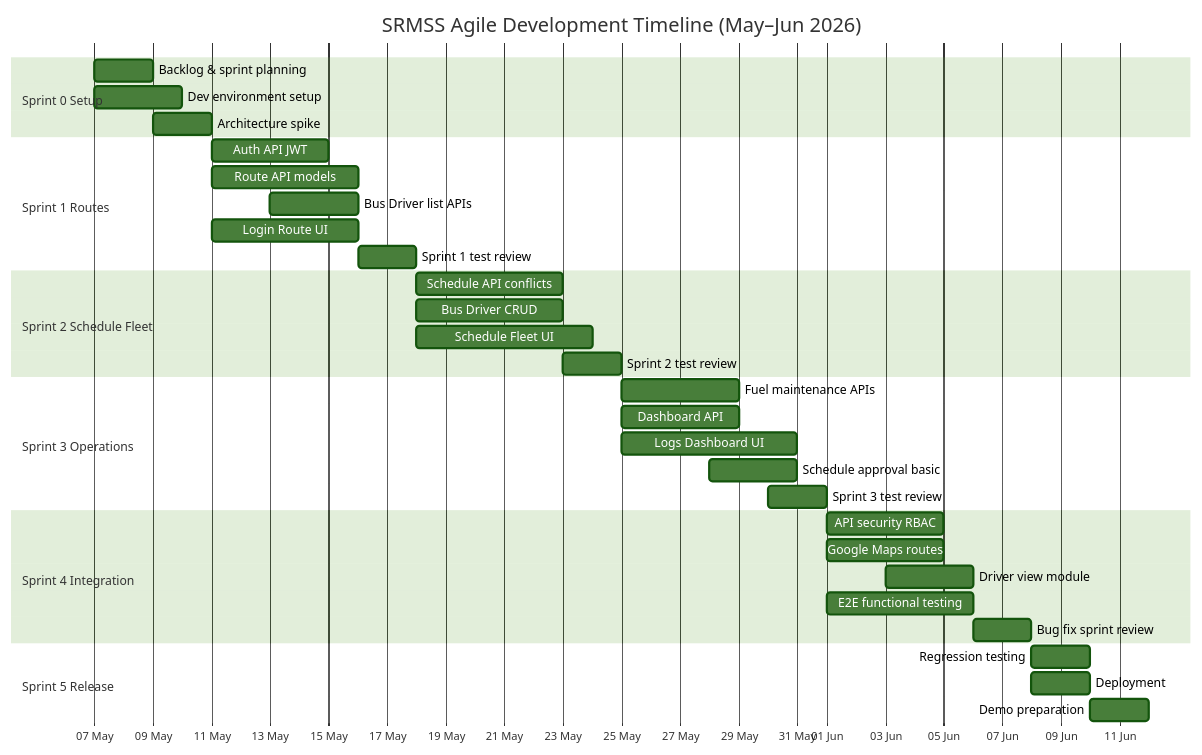
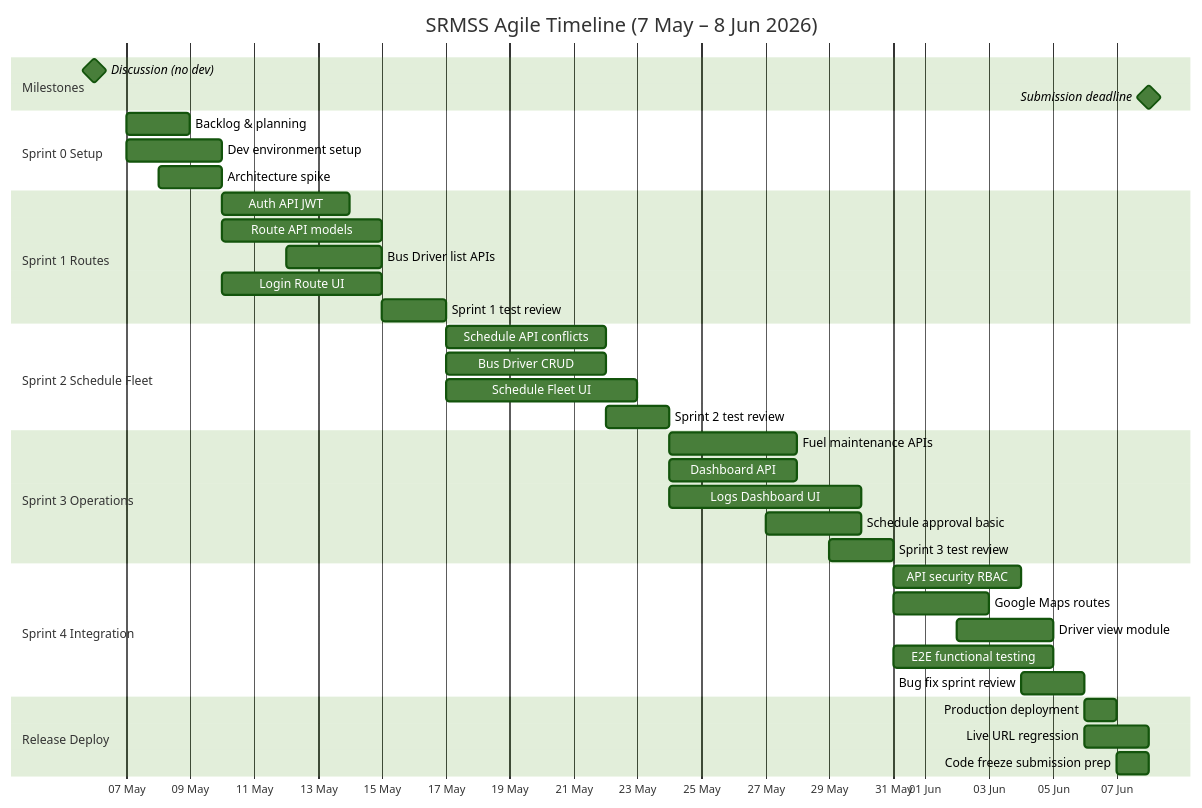
One commit to MNSBaanu/TransitLK changed the diagram in docs/AGILE-TIMELINE.md. Above: the diagram before and after it, drawn with Mermaid (forest theme). The commit also changed other lines of this file and 1 other file, not shown here.

First line of the commit message:
feat: update Agile timeline and project milestones in documentation

````diff
--- a/docs/AGILE-TIMELINE.md
+++ b/docs/AGILE-TIMELINE.md
@@ -184,43 +205,47 @@
 ```mermaid
 gantt
-    title SRMSS Agile Development Timeline (May–Jun 2026)
+    title SRMSS Agile Timeline (7 May – 8 Jun 2026)
     dateFormat YYYY-MM-DD
     axisFormat %d %b
 
+    section Milestones
+    Discussion (no dev)           :milestone, m06, 2026-05-06, 0d
+    Submission deadline           :milestone, m08, 2026-06-08, 0d
+
     section Sprint 0 Setup
-    Backlog & sprint planning     :s01, 2026-05-07, 2d
+    Backlog & planning            :s01, 2026-05-07, 2d
     Dev environment setup         :s02, 2026-05-07, 3d
-    Architecture spike            :s03, 2026-05-09, 2d
+    Architecture spike            :s03, 2026-05-08, 2d
 
     section Sprint 1 Routes
-    Auth API JWT                  :s11, 2026-05-11, 4d
-    Route API models              :s12, 2026-05-11, 5d
-    Bus Driver list APIs          :s13, 2026-05-13, 3d
-    Login Route UI                :s14, 2026-05-11, 5d
-    Sprint 1 test review          :s15, 2026-05-16, 2d
+    Auth API JWT                  :s11, 2026-05-10, 4d
+    Route API models              :s12, 2026-05-10, 5d
+    Bus Driver list APIs          :s13, 2026-05-12, 3d
+    Login Route UI                :s14, 2026-05-10, 5d
+    Sprint 1 test review          :s15, 2026-05-15, 2d
 
     section Sprint 2 Schedule Fleet
-    Schedule API conflicts        :s21, 2026-05-18, 5d
-    Bus Driver CRUD               :s22, 2026-05-18, 5d
-    Schedule Fleet UI             :s23, 2026-05-18, 6d
-    Sprint 2 test review          :s24, 2026-05-23, 2d
+    Schedule API conflicts        :s21, 2026-05-17, 5d
+    Bus Driver CRUD               :s22, 2026-05-17, 5d
+    Schedule Fleet UI             :s23, 2026-05-17, 6d
+    Sprint 2 test review          :s24, 2026-05-22, 2d
 
     section Sprint 3 Operations
-    Fuel maintenance APIs         :s31, 2026-05-25, 4d
-    Dashboard API                 :s32, 2026-05-25, 4d
-    Logs Dashboard UI             :s33, 2026-05-25, 6d
-    Schedule approval basic       :s34, 2026-05-28, 3d
-    Sprint 3 test review          :s35, 2026-05-30, 2d
+    Fuel maintenance APIs         :s31, 2026-05-24, 4d
+    Dashboard API                 :s32, 2026-05-24, 4d
+    Logs Dashboard UI             :s33, 2026-05-24, 6d
+    Schedule approval basic       :s34, 2026-05-27, 3d
+    Sprint 3 test review          :s35, 2026-05-29, 2d
 
     section Sprint 4 Integration
-    API security RBAC             :s41, 2026-06-01, 4d
-    Google Maps routes            :s42, 2026-06-01, 4d
-    Driver view module            :s43, 2026-06-03, 3d
-    E2E functional testing        :s44, 2026-06-01, 5d
-    Bug fix sprint review         :s45, 2026-06-06, 2d
+    API security RBAC             :s41, 2026-05-31, 4d
+    Google Maps routes            :s42, 2026-05-31, 3d
+    Driver view module            :s43, 2026-06-02, 3d
+    E2E functional testing        :s44, 2026-05-31, 5d
+    Bug fix sprint review         :s45, 2026-06-04, 2d
 
-    section Sprint 5 Release
-    Regression testing            :s51, 2026-06-08, 2d
-    Deployment                    :s52, 2026-06-08, 2d
-    Demo preparation              :s53, 2026-06-10, 2d
+    section Release Deploy
+    Production deployment         :s51, 2026-06-06, 1d
+    Live URL regression           :s52, 2026-06-06, 2d
+    Code freeze submission prep   :s53, 2026-06-07, 1d
 ```
````
